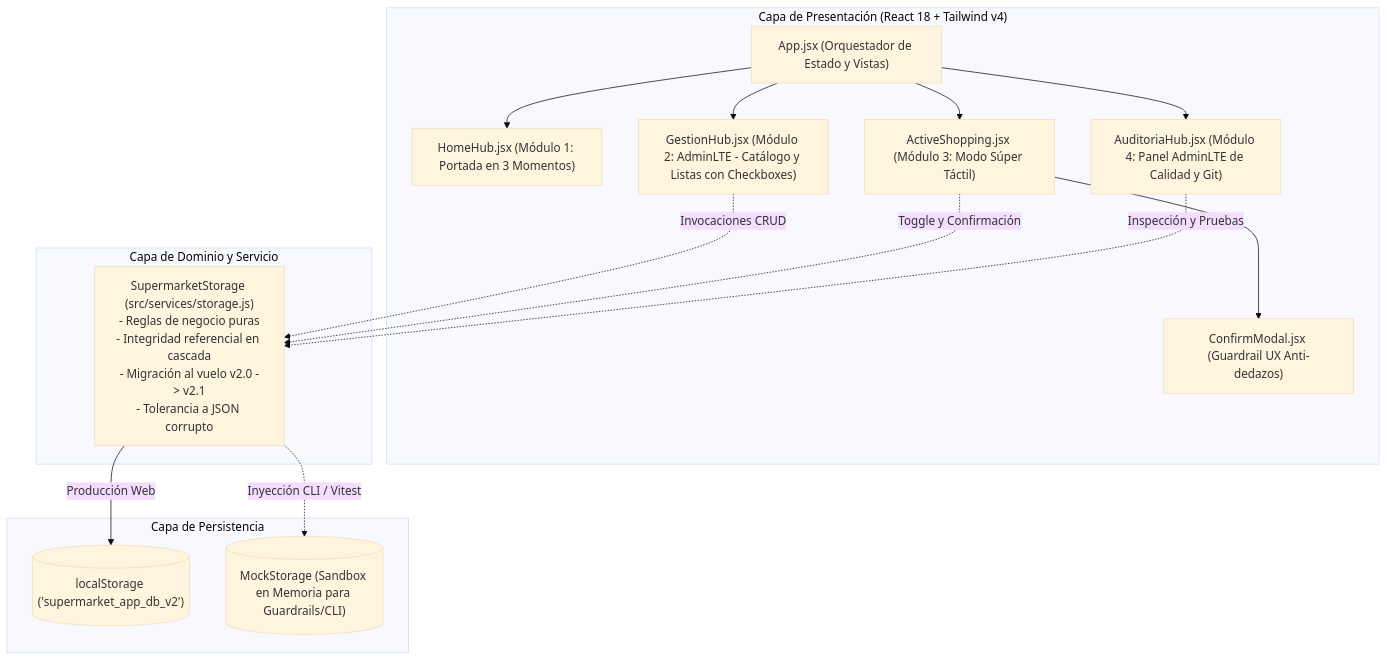
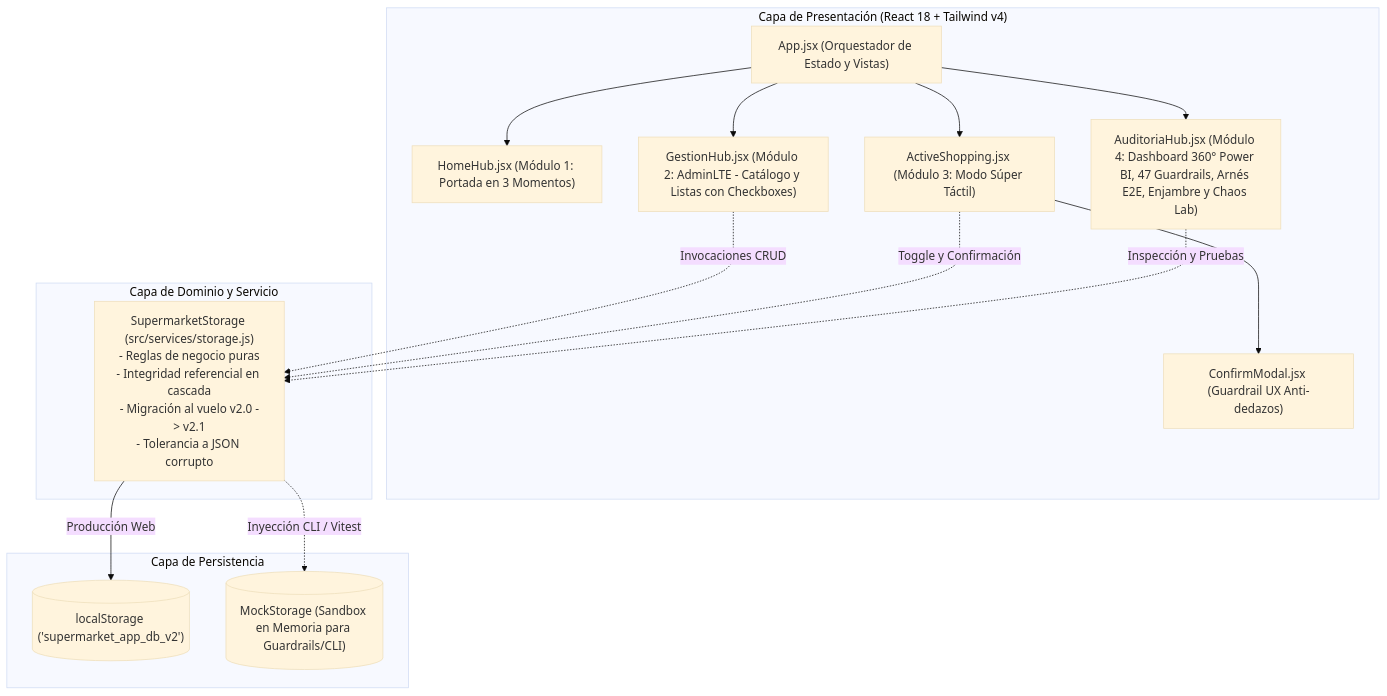
One commit to producciongespro/Antigravity-sdd changed the sixth of 12 diagrams in info-docs/GUIA_MAESTRA_SDD_AGENTES_ARNESES.md. Above: the diagram before and after it, drawn with Mermaid (base theme). The commit also changed other lines of this file and 2 other files, not shown here.

````diff
--- a/info-docs/GUIA_MAESTRA_SDD_AGENTES_ARNESES.md
+++ b/info-docs/GUIA_MAESTRA_SDD_AGENTES_ARNESES.md
@@ -232,33 +236,33 @@
 ```mermaid
 flowchart TD
     subgraph UI ["Capa de Presentación (React 18 + Tailwind v4)"]
         APP["App.jsx (Orquestador de Estado y Vistas)"]
         HOME["HomeHub.jsx (Módulo 1: Portada en 3 Momentos)"]
         GESTION["GestionHub.jsx (Módulo 2: AdminLTE - Catálogo y Listas con Checkboxes)"]
         SHOPPING["ActiveShopping.jsx (Módulo 3: Modo Súper Táctil)"]
         MODAL["ConfirmModal.jsx (Guardrail UX Anti-dedazos)"]
-        AUDITORIA["AuditoriaHub.jsx (Módulo 4: Panel AdminLTE de Calidad y Git)"]
+        AUDITORIA["AuditoriaHub.jsx (Módulo 4: Dashboard 360° Power BI, 47 Guardrails, Arnés E2E, Enjambre y Chaos Lab)"]
     end
 
     subgraph SERVICE ["Capa de Dominio y Servicio"]
         STORAGE["SupermarketStorage (src/services/storage.js)\n- Reglas de negocio puras\n- Integridad referencial en cascada\n- Migración al vuelo v2.0 -> v2.1\n- Tolerancia a JSON corrupto"]
     end
 
     subgraph DATA ["Capa de Persistencia"]
         LOCAL_STORAGE[("localStorage ('supermarket_app_db_v2')")]
         MOCK_STORAGE[("MockStorage (Sandbox en Memoria para Guardrails/CLI)")]
     end
 
     APP --> HOME
     APP --> GESTION
     APP --> SHOPPING
     APP --> AUDITORIA
     SHOPPING --> MODAL
 
     GESTION -.->|Invocaciones CRUD| STORAGE
     SHOPPING -.->|Toggle y Confirmación| STORAGE
     AUDITORIA -.->|Inspección y Pruebas| STORAGE
 
     STORAGE -->|Producción Web| LOCAL_STORAGE
     STORAGE -.->|Inyección CLI / Vitest| MOCK_STORAGE
 ```
````
